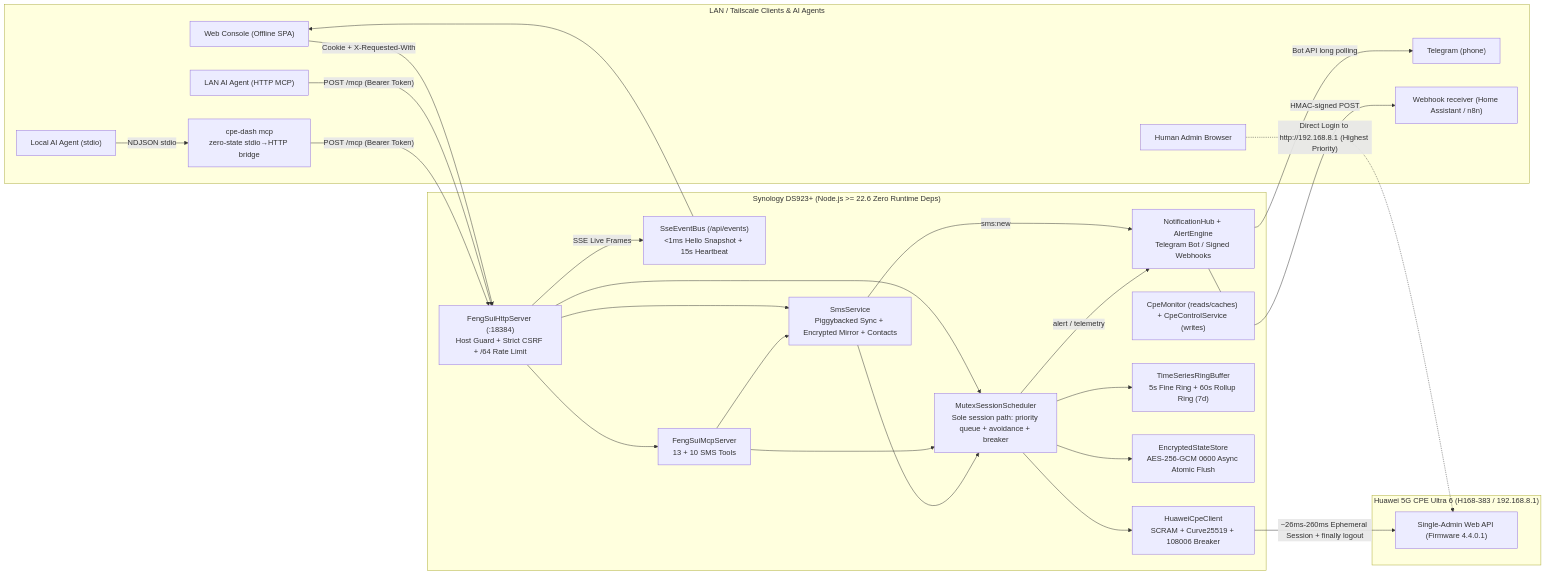
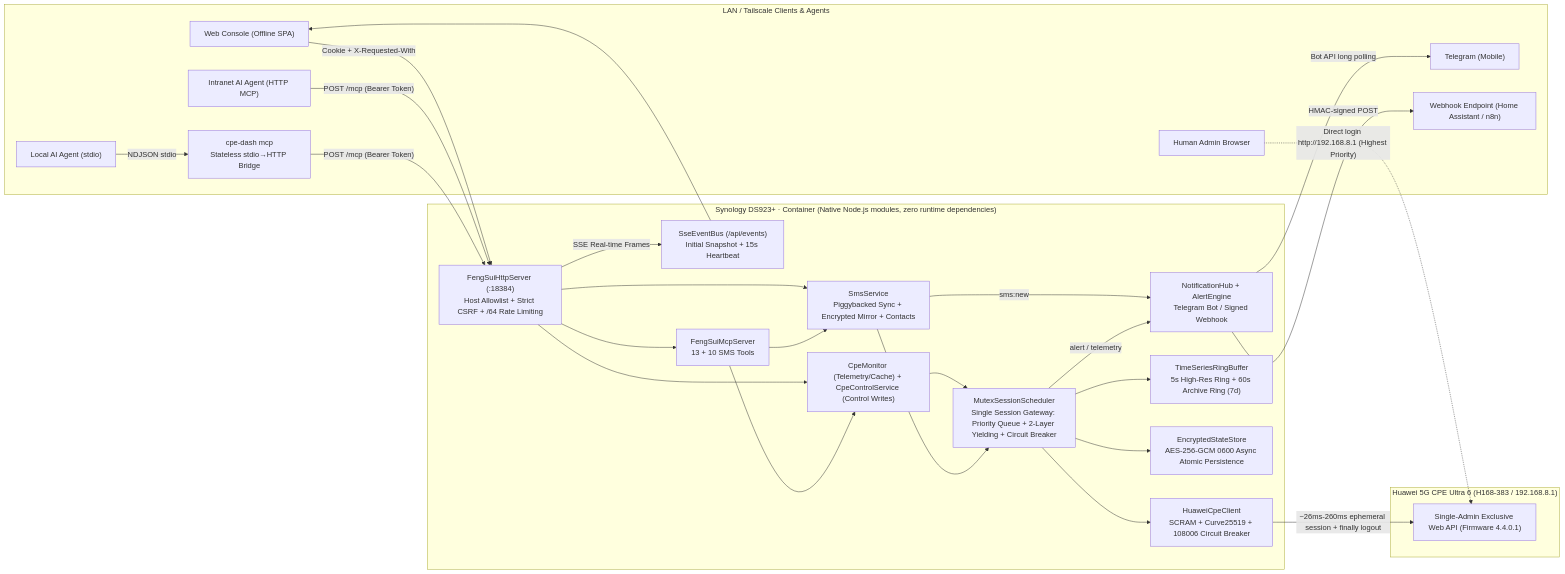
The first of 2 diagrams in README_EN.md (cky008/cpe-dash), drawn with Mermaid before and after one commit. The commit also changed other lines of this file and 11 other files, not shown here.

````diff
--- a/README_EN.md
+++ b/README_EN.md
@@ -66,51 +125,52 @@
 ```mermaid
 flowchart LR
-  subgraph Clients["LAN / Tailscale Clients & AI Agents"]
+  subgraph Clients["LAN / Tailscale Clients & Agents"]
     Browser["Web Console (Offline SPA)"]
-    AgentHttp["LAN AI Agent (HTTP MCP)"]
+    AgentHttp["Intranet AI Agent (HTTP MCP)"]
     AgentStdio["Local AI Agent (stdio)"]
-    Bridge["cpe-dash mcp\nzero-state stdio→HTTP bridge"]
+    Bridge["cpe-dash mcp\nStateless stdio→HTTP Bridge"]
     HumanWeb["Human Admin Browser"]
-    TgUser["Telegram (phone)"]
-    Hook["Webhook receiver (Home Assistant / n8n)"]
+    TgUser["Telegram (Mobile)"]
+    Hook["Webhook Endpoint (Home Assistant / n8n)"]
   end
 
-  subgraph NAS["Synology DS923+ (Node.js >= 22.6 Zero Runtime Deps)"]
-    HttpSrv["FengSuiHttpServer (:18384)\nHost Guard + Strict CSRF + /64 Rate Limit"]
-    SseBus["SseEventBus (/api/events)\n<1ms Hello Snapshot + 15s Heartbeat"]
+  subgraph NAS["Synology DS923+ · Container (Native Node.js modules, zero runtime dependencies)"]
+    HttpSrv["FengSuiHttpServer (:18384)\nHost Allowlist + Strict CSRF + /64 Rate Limiting"]
+    SseBus["SseEventBus (/api/events)\nInitial Snapshot + 15s Heartbeat"]
     McpSrv["FengSuiMcpServer\n13 + 10 SMS Tools"]
     Sms["SmsService\nPiggybacked Sync + Encrypted Mirror + Contacts"]
-    Notify["NotificationHub + AlertEngine\nTelegram Bot / Signed Webhooks"]
-    Core["CpeMonitor (reads/caches) + CpeControlService (writes)"]
-    Sched["MutexSessionScheduler\nSole session path: priority queue + avoidance + breaker"]
-    Ring["TimeSeriesRingBuffer\n5s Fine Ring + 60s Rollup Ring (7d)"]
-    Store["EncryptedStateStore\nAES-256-GCM 0600 Async Atomic Flush"]
-    Client["HuaweiCpeClient\nSCRAM + Curve25519 + 108006 Breaker"]
+    Notify["NotificationHub + AlertEngine\nTelegram Bot / Signed Webhook"]
+    Core["CpeMonitor (Telemetry/Cache) + CpeControlService (Control Writes)"]
+    Sched["MutexSessionScheduler\nSingle Session Gateway: Priority Queue + 2-Layer Yielding + Circuit Breaker"]
+    Ring["TimeSeriesRingBuffer\n5s High-Res Ring + 60s Archive Ring (7d)"]
+    Store["EncryptedStateStore\nAES-256-GCM 0600 Async Atomic Persistence"]
+    Client["HuaweiCpeClient\nSCRAM + Curve25519 + 108006 Circuit Breaker"]
   end
 
   subgraph Router["Huawei 5G CPE Ultra 6 (H168-383 / 192.168.8.1)"]
-    CpeApi["Single-Admin Web API (Firmware 4.4.0.1)"]
+    CpeApi["Single-Admin Exclusive Web API (Firmware 4.4.0.1)"]
   end
 
   Browser -- "Cookie + X-Requested-With" --> HttpSrv
-  HttpSrv -- "SSE Live Frames" --> SseBus
+  HttpSrv -- "SSE Real-time Frames" --> SseBus
   SseBus --> Browser
   AgentHttp -- "POST /mcp (Bearer Token)" --> HttpSrv
   HttpSrv --> McpSrv
   AgentStdio -- "NDJSON stdio" --> Bridge
   Bridge -- "POST /mcp (Bearer Token)" --> HttpSrv
-  HttpSrv --> Sched
-  McpSrv --> Sched
+  HttpSrv --> Core
+  McpSrv --> Core
+  Core --> Sched
   HttpSrv --> Sms
   McpSrv --> Sms
   Sms --> Sched
   Sms -- "sms:new" --> Notify
   Sched -- "alert / telemetry" --> Notify
   Notify -- "Bot API long polling" --> TgUser
   Notify -- "HMAC-signed POST" --> Hook
   Sched --> Ring
   Sched --> Store
   Sched --> Client
-  Client -- "~26ms-260ms Ephemeral Session + finally logout" --> CpeApi
-  HumanWeb -. "Direct Login to http://192.168.8.1 (Highest Priority)" .-> CpeApi
+  Client -- "~26ms-260ms ephemeral session + finally logout" --> CpeApi
+  HumanWeb -. "Direct login http://192.168.8.1 (Highest Priority)" .-> CpeApi
 ```
````
